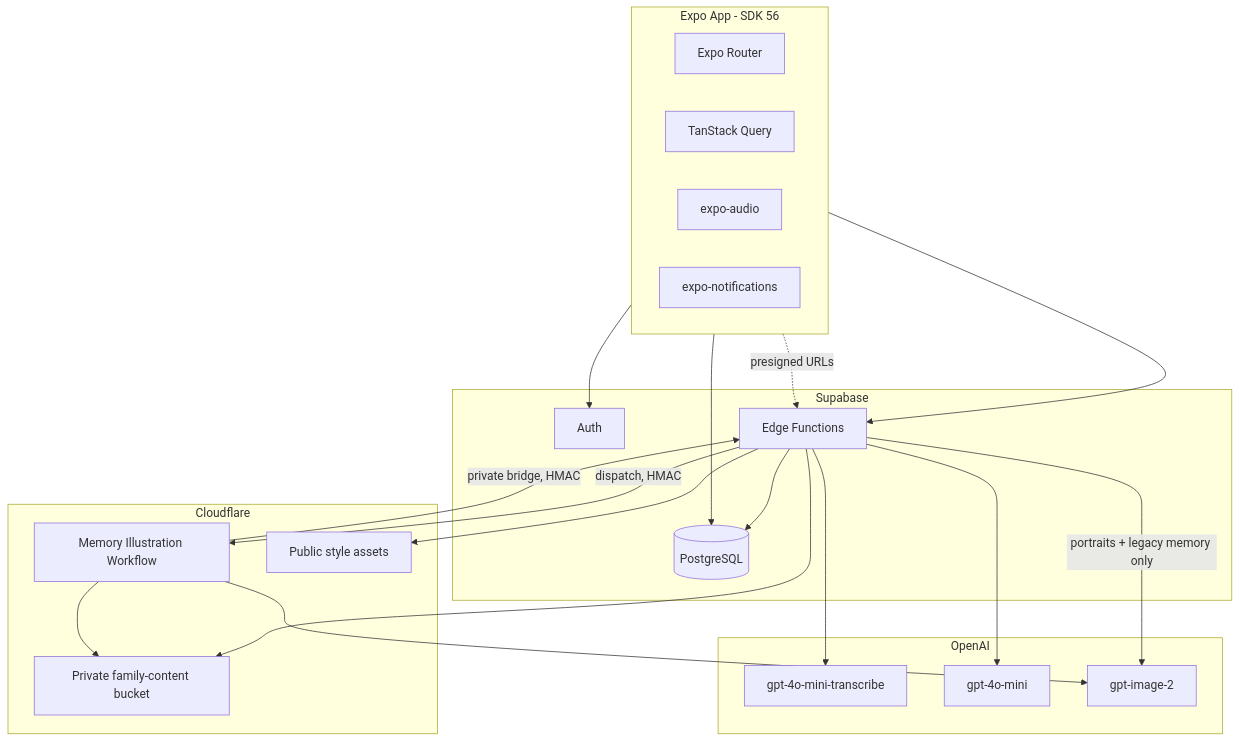
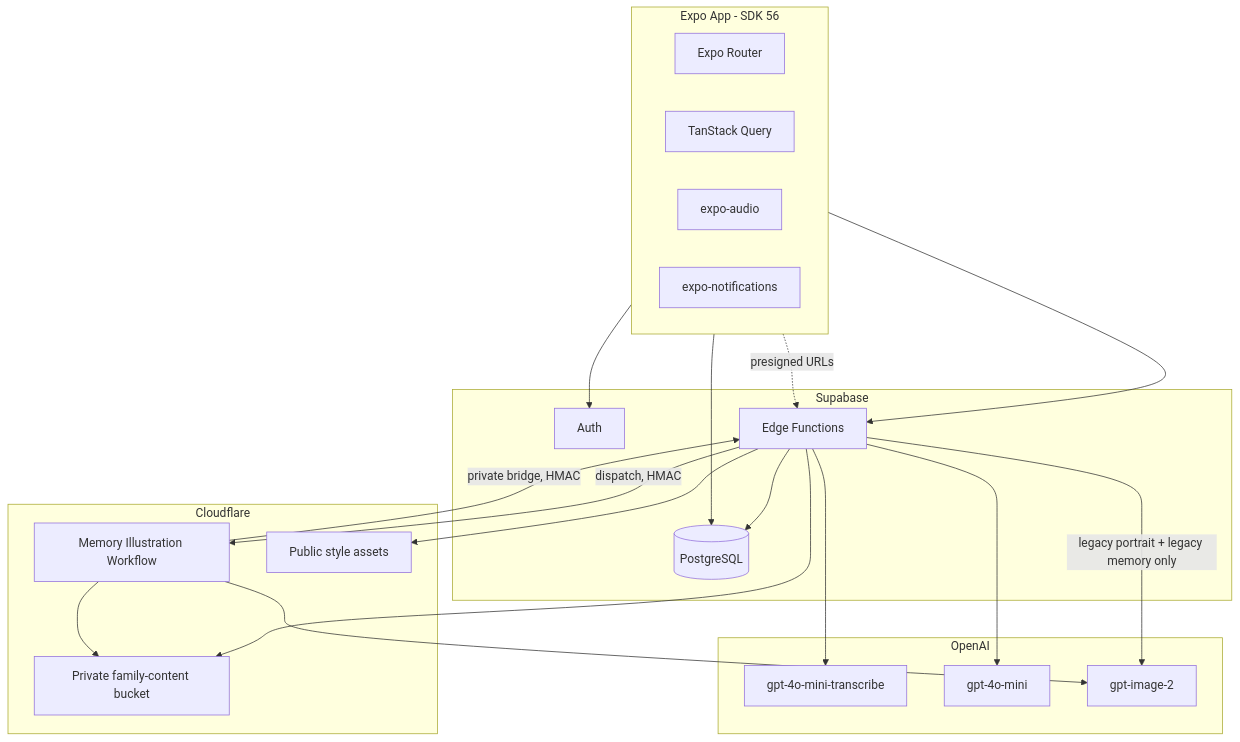
The first of 2 diagrams in docs/TECH_SPEC.md (eduardoyi/newmomora), drawn with Mermaid before and after one commit. The commit also changed other lines of this file and 58 other files, not shown here.

````diff
--- a/docs/TECH_SPEC.md
+++ b/docs/TECH_SPEC.md
@@ -14,42 +14,42 @@
 ```mermaid
 flowchart TB
     subgraph client [Expo App - SDK 56]
         Router[Expo Router]
         RQ[TanStack Query]
         Audio[expo-audio]
         Push[expo-notifications]
     end
 
     subgraph supabase [Supabase]
         Auth[Auth]
         DB[(PostgreSQL)]
         Edge[Edge Functions]
     end
 
     subgraph cloudflare [Cloudflare]
         Workflow[Memory Illustration Workflow]
         R2Private[Private family-content bucket]
         R2Public[Public style assets]
     end
 
     subgraph openai [OpenAI]
         STT[gpt-4o-mini-transcribe]
         LLM[gpt-4o-mini]
         Image[gpt-image-2]
     end
 
     client --> Auth
     client --> DB
     client --> Edge
     Edge --> DB
     Edge --> R2Private
     Edge --> R2Public
     Edge --> STT
     Edge --> LLM
-    Edge -->|portraits + legacy memory only| Image
+    Edge -->|legacy portrait + legacy memory only| Image
     Edge -->|dispatch, HMAC| Workflow
     Workflow -->|private bridge, HMAC| Edge
     Workflow --> Image
     Workflow --> R2Private
     client -. presigned URLs .-> Edge
 ```
````
